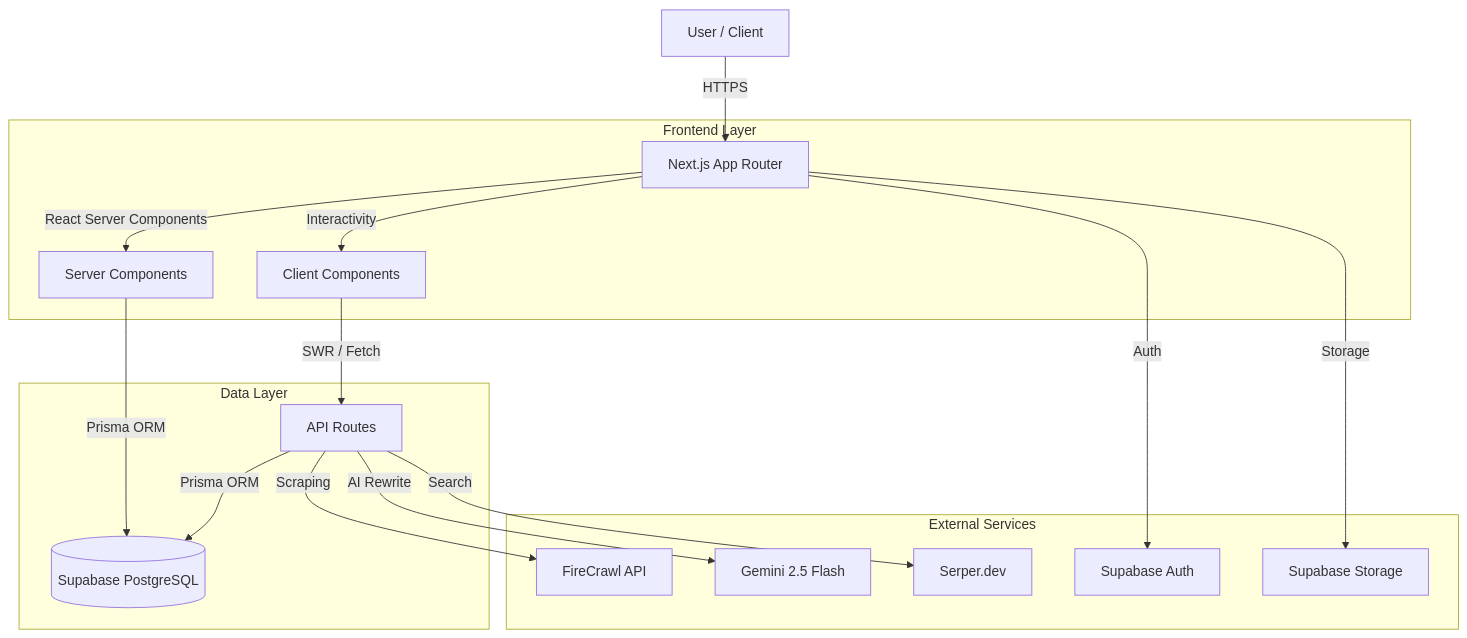
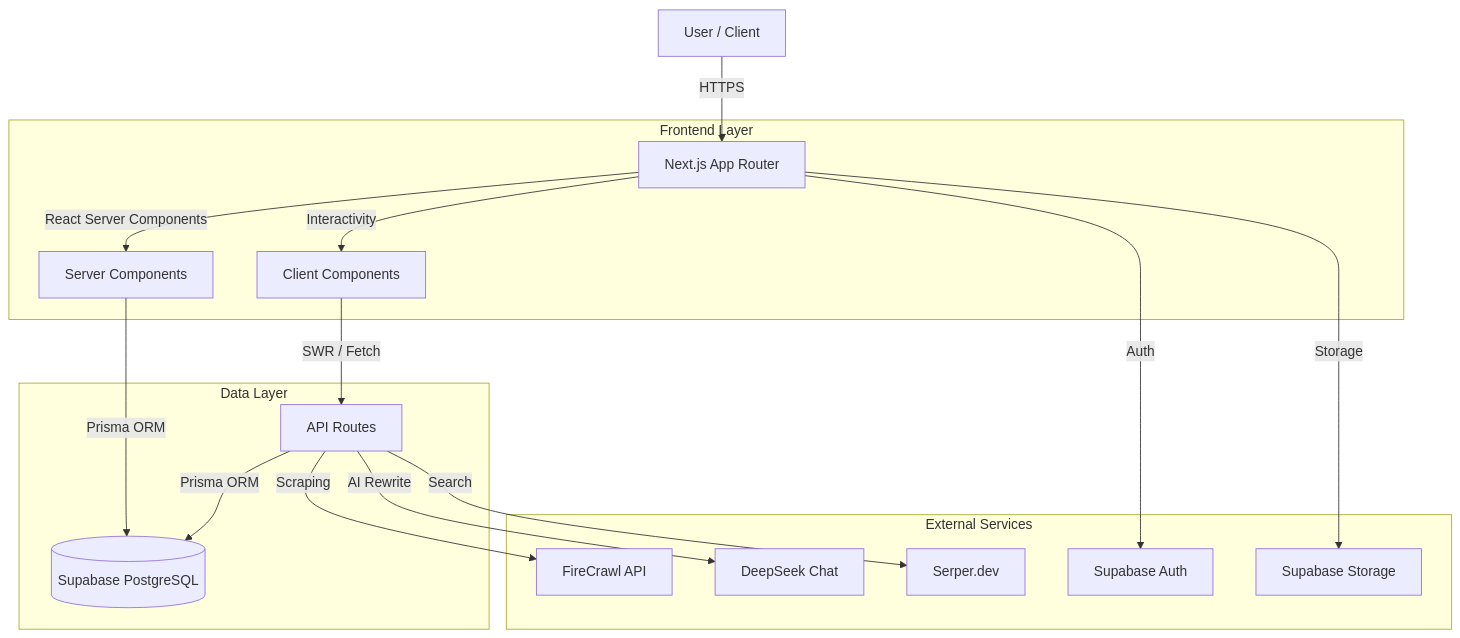
One commit to nguyenndn/thenexttrade changed the diagram in docs/architecture/overview.md. Above: the diagram before and after it, drawn with Mermaid. The commit also changed other lines of this file and 268 other files, not shown here.

````diff
--- a/docs/architecture/overview.md
+++ b/docs/architecture/overview.md
@@ -23,23 +23,23 @@
 ```mermaid
 graph TD
     User[User / Client] -->|HTTPS| NextJS[Next.js App Router]
     
     subgraph "Frontend Layer"
         NextJS -->|React Server Components| ServerComp[Server Components]
         NextJS -->|Interactivity| ClientComp[Client Components]
     end
     
     subgraph "Data Layer"
         ServerComp -->|Prisma ORM| DB[(Supabase PostgreSQL)]
         ClientComp -->|SWR / Fetch| API[API Routes]
         API -->|Prisma ORM| DB
     end
     
     subgraph "External Services"
         NextJS -->|Auth| SupabaseAuth[Supabase Auth]
         NextJS -->|Storage| SupabaseStorage[Supabase Storage]
         API -->|Scraping| FireCrawl[FireCrawl API]
-        API -->|AI Rewrite| Gemini[Gemini 2.5 Flash]
+        API -->|AI Rewrite| DeepSeek[DeepSeek Chat]
         API -->|Search| Serper[Serper.dev]
     end
 ```
````
